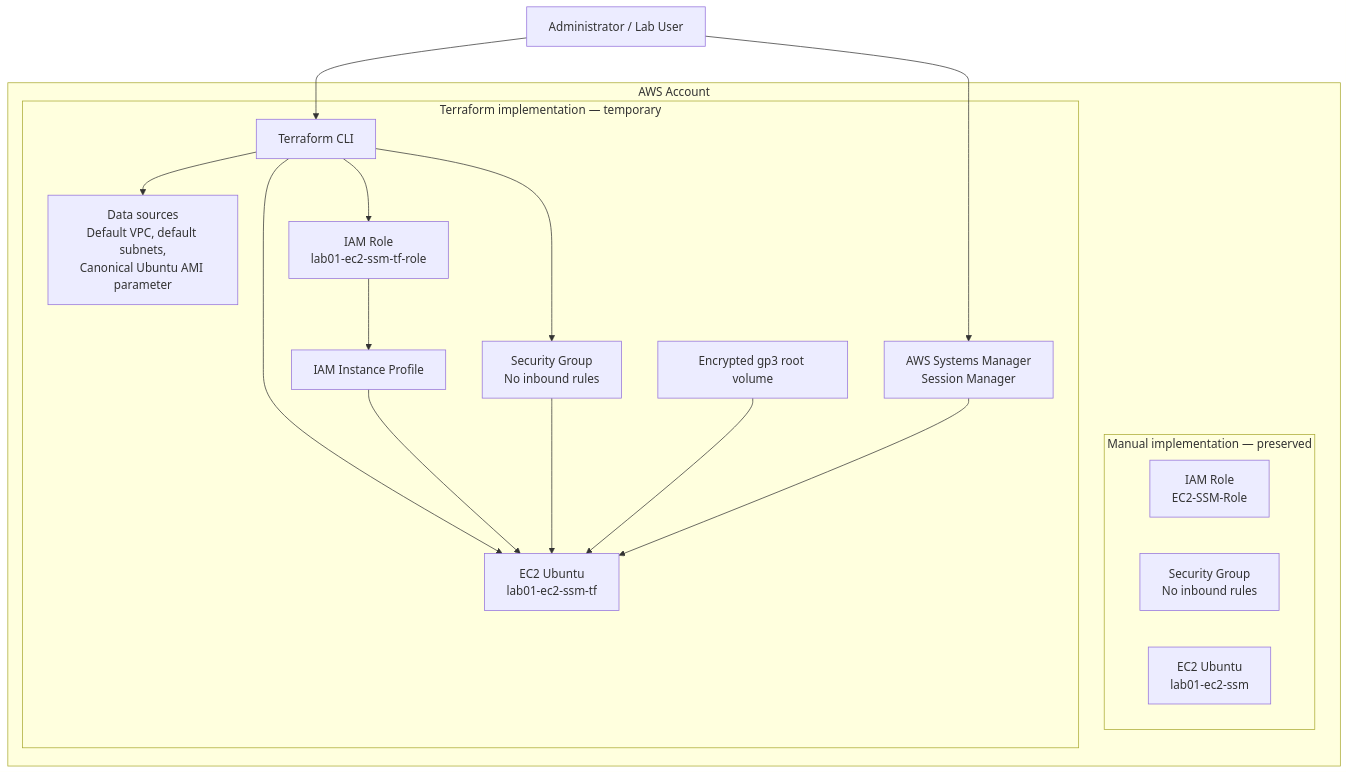
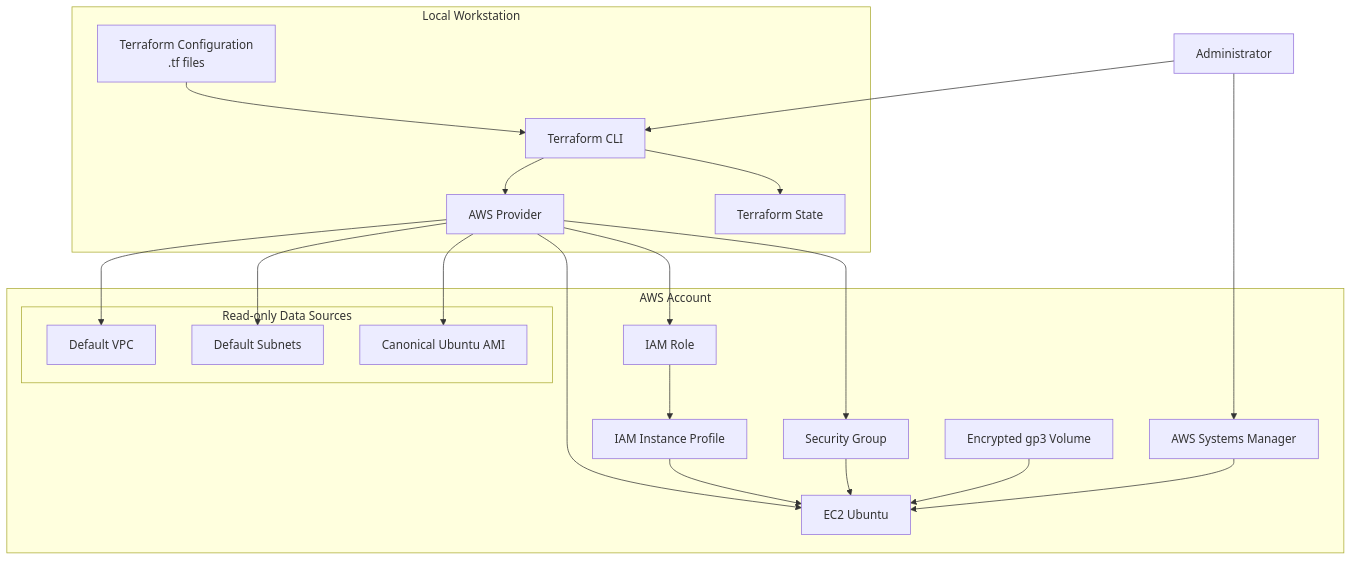
Before and after one commit to itamarsb/aws-cloud-engineering-lab: the diagram in terraform/01-ec2-and-ssm/README.md, drawn with Mermaid.

````diff
--- a/terraform/01-ec2-and-ssm/README.md
+++ b/terraform/01-ec2-and-ssm/README.md
@@ -100,36 +100,67 @@
 ```mermaid
 flowchart TB
-    USER["Administrator / Lab User"]
+
+    USER["Administrator"]
+
+    subgraph LOCAL["Local Workstation"]
+
+        CODE["Terraform Configuration<br/>.tf files"]
+
+        PROVIDER["AWS Provider"]
+
+        STATE["Terraform State"]
+
+        CLI["Terraform CLI"]
+
+        CODE --> CLI
+        CLI --> PROVIDER
+        CLI --> STATE
+
+    end
 
     subgraph AWS["AWS Account"]
-        subgraph MANUAL["Manual implementation — preserved"]
-            MROLE["IAM Role<br/>EC2-SSM-Role"]
-            MSG["Security Group<br/>No inbound rules"]
-            MEC2["EC2 Ubuntu<br/>lab01-ec2-ssm"]
+
+        subgraph DATA["Read-only Data Sources"]
+
+            VPC["Default VPC"]
+            SUBNET["Default Subnets"]
+            AMI["Canonical Ubuntu AMI"]
+
         end
 
-        subgraph TERRAFORM["Terraform implementation — temporary"]
-            TF["Terraform CLI"]
-            DATA["Data sources<br/>Default VPC, default subnets,<br/>Canonical Ubuntu AMI parameter"]
-            TROLE["IAM Role<br/>lab01-ec2-ssm-tf-role"]
-            TPROFILE["IAM Instance Profile"]
-            TSG["Security Group<br/>No inbound rules"]
-            TEC2["EC2 Ubuntu<br/>lab01-ec2-ssm-tf"]
-            EBS["Encrypted gp3 root volume"]
-            SSM["AWS Systems Manager<br/>Session Manager"]
+        ROLE["IAM Role"]
 
-            TF --> DATA
-            TF --> TROLE
-            TROLE --> TPROFILE
-            TF --> TSG
-            TF --> TEC2
-            TPROFILE --> TEC2
-            TSG --> TEC2
-            EBS --> TEC2
-            SSM --> TEC2
-        end
+        PROFILE["IAM Instance Profile"]
+
+        SG["Security Group"]
+
+        EC2["EC2 Ubuntu"]
+
+        EBS["Encrypted gp3 Volume"]
+
+        SSM["AWS Systems Manager"]
+
     end
 
-    USER --> TF
+    PROVIDER --> VPC
+    PROVIDER --> SUBNET
+    PROVIDER --> AMI
+
+    PROVIDER --> ROLE
+    ROLE --> PROFILE
+
+    PROVIDER --> SG
+
+    PROVIDER --> EC2
+
+    PROFILE --> EC2
+
+    SG --> EC2
+
+    EBS --> EC2
+
+    SSM --> EC2
+
+    USER --> CLI
     USER --> SSM
 ```
````
